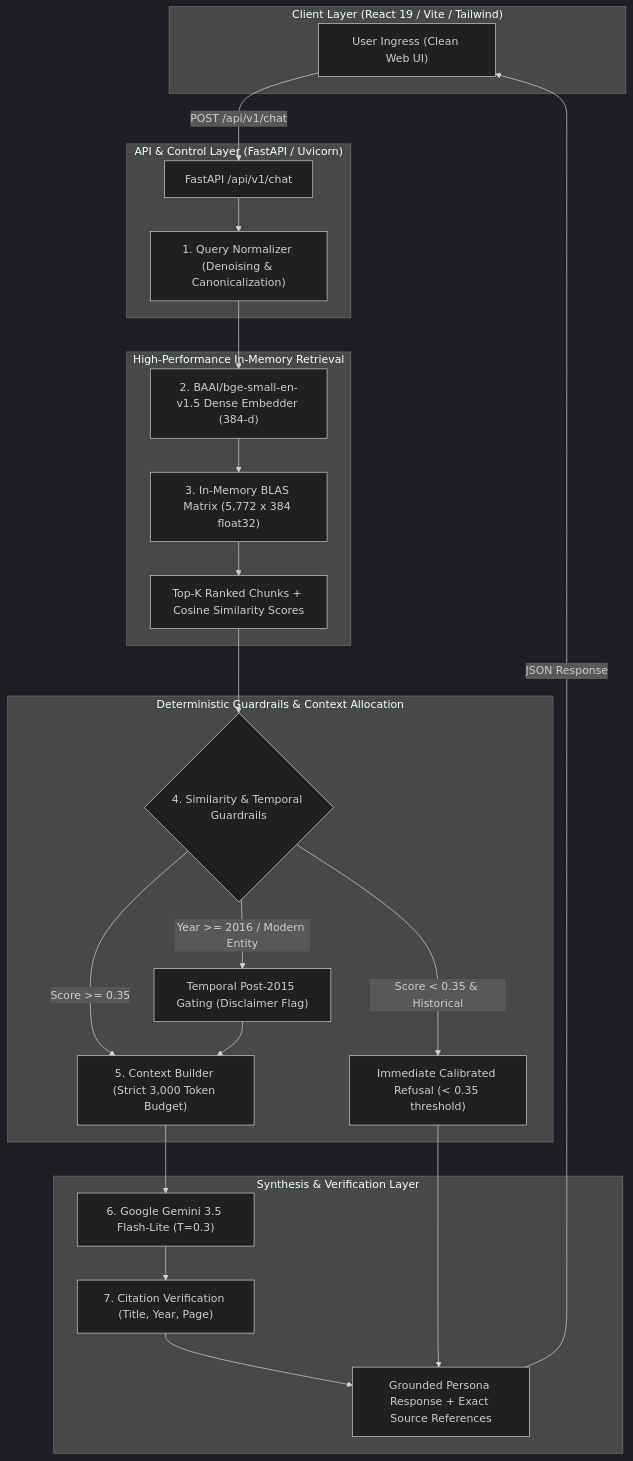
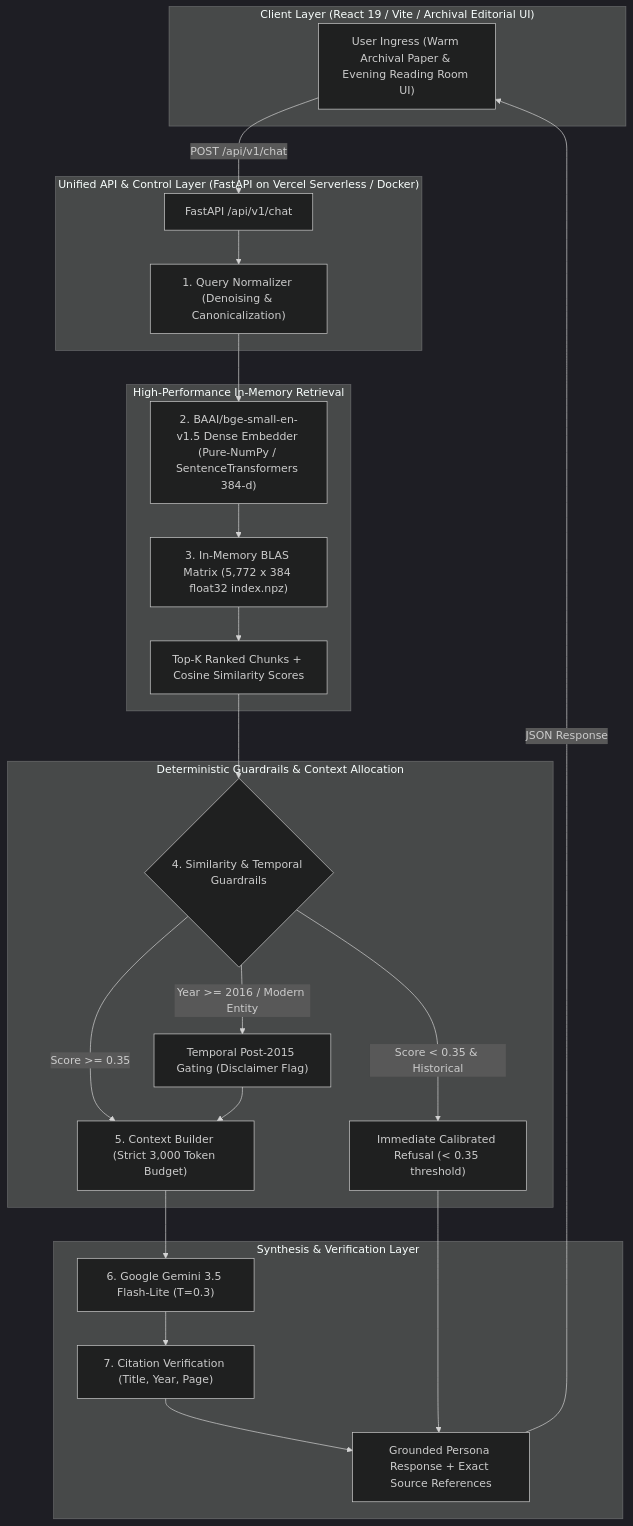
The diagram in README.md (ggerrio/Lee-Kuan-Yew-Chatbot), drawn with Mermaid (dark theme) before and after one commit. The commit also changed other lines of this file and 2 other files, not shown here.

Commit message:
feat: add SettingsPage component and update documentation and architecture specs

````diff
--- a/README.md
+++ b/README.md
@@ -17,45 +17,45 @@
 ```mermaid
 flowchart TD
-    subgraph Client ["Client Layer (React 19 / Vite / Tailwind)"]
-        UI["User Ingress (Clean Web UI)"]
+    subgraph Client ["Client Layer (React 19 / Vite / Archival Editorial UI)"]
+        UI["User Ingress (Warm Archival Paper & Evening Reading Room UI)"]
     end
 
-    subgraph Gateway ["API & Control Layer (FastAPI / Uvicorn)"]
+    subgraph Gateway ["Unified API & Control Layer (FastAPI on Vercel Serverless / Docker)"]
         API["FastAPI /api/v1/chat"]
         Norm["1. Query Normalizer (Denoising & Canonicalization)"]
     end
 
     subgraph Retrieval ["High-Performance In-Memory Retrieval"]
-        Emb["2. BAAI/bge-small-en-v1.5 Dense Embedder (384-d)"]
-        Mat["3. In-Memory BLAS Matrix (5,772 x 384 float32)"]
+        Emb["2. BAAI/bge-small-en-v1.5 Dense Embedder (Pure-NumPy / SentenceTransformers 384-d)"]
+        Mat["3. In-Memory BLAS Matrix (5,772 x 384 float32 index.npz)"]
         TopK["Top-K Ranked Chunks + Cosine Similarity Scores"]
     end
 
     subgraph Guardrails ["Deterministic Guardrails & Context Allocation"]
         Gate{"4. Similarity & Temporal Guardrails"}
         Refuse["Immediate Calibrated Refusal (< 0.35 threshold)"]
         Post2015["Temporal Post-2015 Gating (Disclaimer Flag)"]
         Budget["5. Context Builder (Strict 3,000 Token Budget)"]
     end
 
     subgraph Generation ["Synthesis & Verification Layer"]
         LLM["6. Google Gemini 3.5 Flash-Lite (T=0.3)"]
         Cite["7. Citation Verification (Title, Year, Page)"]
         Out["Grounded Persona Response + Exact Source References"]
     end
 
     UI -->|POST /api/v1/chat| API
     API --> Norm
     Norm --> Emb
     Emb --> Mat
     Mat --> TopK
     TopK --> Gate
     Gate -->|Score < 0.35 & Historical| Refuse
     Gate -->|Score >= 0.35| Budget
     Gate -->|Year >= 2016 / Modern Entity| Post2015 --> Budget
     Budget --> LLM
     LLM --> Cite
     Cite --> Out
     Refuse --> Out
     Out -->|JSON Response| UI
 ```
````
